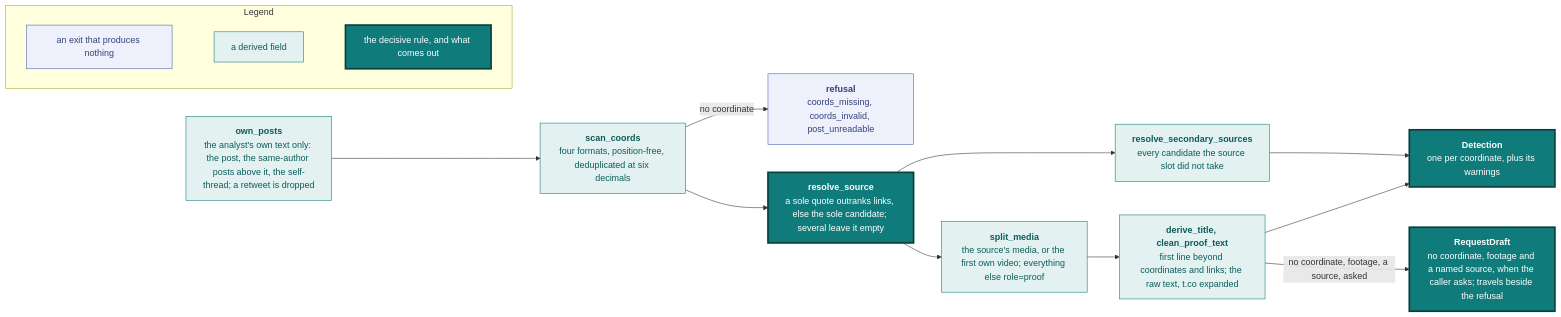
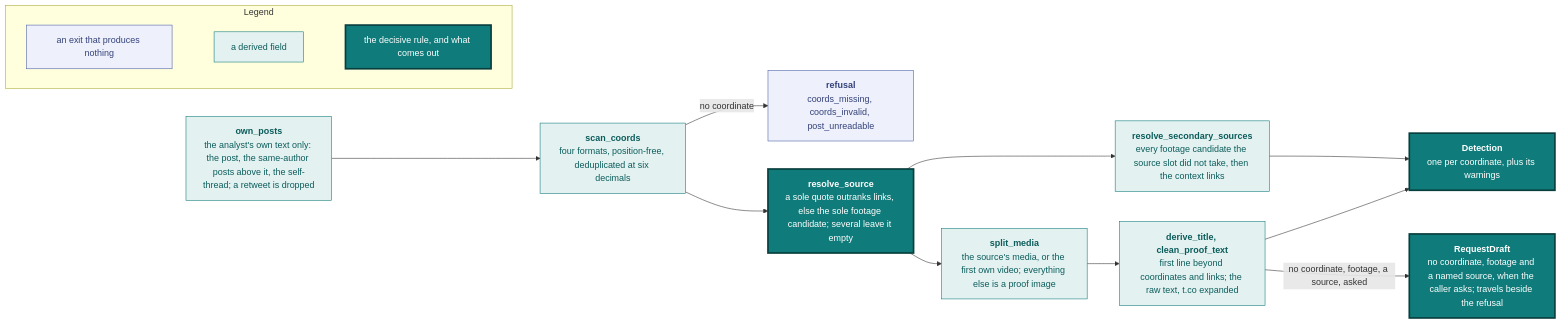
One commit to vidithq/vidit changed the second of 6 diagrams in docs/ingestion.md. Above: the diagram before and after it, drawn with Mermaid. The commit also changed other lines of this file and 617 other files, not shown here.

````diff
--- a/docs/ingestion.md
+++ b/docs/ingestion.md
@@ -77,39 +77,39 @@
 ```mermaid
 flowchart LR
   classDef spec fill:#eef1fb,stroke:#4a5fa5,color:#33417a
   classDef shared fill:#e3f2f1,stroke:#0f7b7a,color:#0b5c5b
   classDef core fill:#0f7b7a,stroke:#083f3e,stroke-width:3px,color:#ffffff
 
   subgraph legend [Legend]
     direction LR
     l1["`an exit that produces nothing`"]:::spec
     l2["`a derived field`"]:::shared
     l3["`the decisive rule, and what comes out`"]:::core
     l1 ~~~ l2 ~~~ l3
   end
 
   text["`**own_posts**
   the analyst's own text only: the post, the same-author posts above it, the self-thread; a retweet is dropped`"]:::shared
   coords["`**scan_coords**
   four formats, position-free, deduplicated at six decimals`"]:::shared
   refuse["`**refusal**
   coords_missing, coords_invalid, post_unreadable`"]:::spec
   src["`**resolve_source**
-  a sole quote outranks links, else the sole candidate; several leave it empty`"]:::core
+  a sole quote outranks links, else the sole footage candidate; several leave it empty`"]:::core
   sec["`**resolve_secondary_sources**
-  every candidate the source slot did not take`"]:::shared
+  every footage candidate the source slot did not take, then the context links`"]:::shared
   media["`**split_media**
-  the source's media, or the first own video; everything else role=proof`"]:::shared
+  the source's media, or the first own video; everything else is a proof image`"]:::shared
   title["`**derive_title, clean_proof_text**
   first line beyond coordinates and links; the raw text, t.co expanded`"]:::shared
   detection["`**Detection**
   one per coordinate, plus its warnings`"]:::core
   draft["`**RequestDraft**
   no coordinate, footage and a named source, when the caller asks; travels beside the refusal`"]:::core
 
   text --> coords
   coords -- "no coordinate" --> refuse
   coords --> src --> media --> title --> detection
   src --> sec --> detection
   title -- "no coordinate, footage, a source, asked" --> draft
 ```
````
